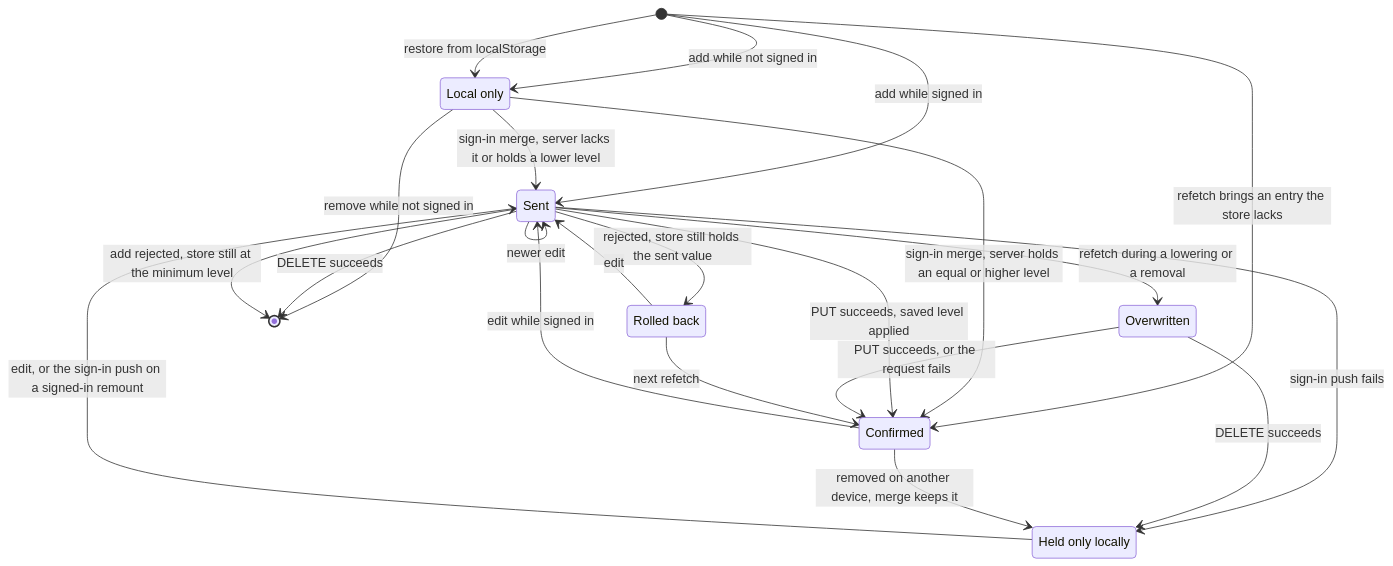
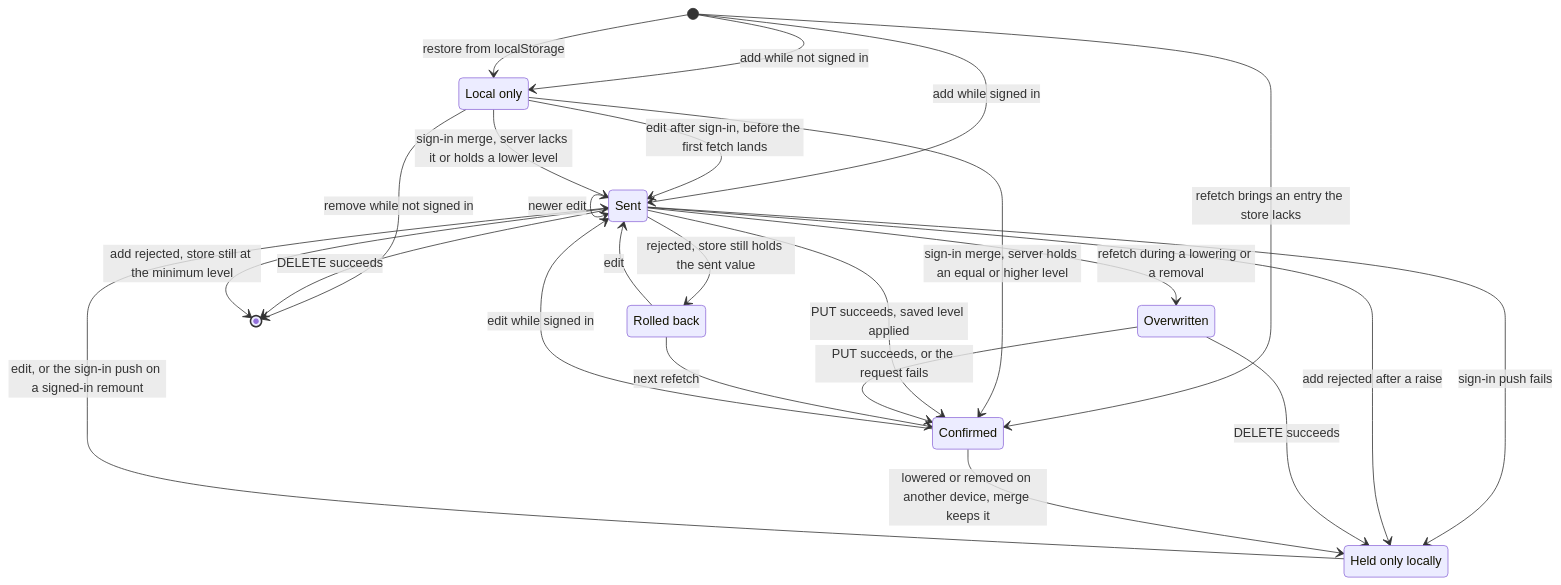
The first of 3 diagrams in docs/reference/data-flow-lifecycles.md (dungeon-studio/genshin.dungeon.studio), drawn with Mermaid before and after one commit. The commit also changed other lines of this file and 3 other files, not shown here.

First line of the commit message:
docs: correct data flow pages after a full fact check

````diff
--- a/docs/reference/data-flow-lifecycles.md
+++ b/docs/reference/data-flow-lifecycles.md
@@ -30,28 +36,30 @@
 ```mermaid
 stateDiagram-v2
   state "Local only" as LocalOnly
   state "Rolled back" as RolledBack
   state "Held only locally" as HeldLocally
 
   [*] --> LocalOnly: add while not signed in
   [*] --> LocalOnly: restore from localStorage
   [*] --> Sent: add while signed in
   [*] --> Confirmed: refetch brings an entry the store lacks
+  LocalOnly --> Sent: edit after sign-in, before the first fetch lands
   LocalOnly --> Sent: sign-in merge, server lacks it or holds a lower level
   LocalOnly --> Confirmed: sign-in merge, server holds an equal or higher level
   LocalOnly --> [*]: remove while not signed in
   Sent --> Sent: newer edit
   Sent --> Confirmed: PUT succeeds, saved level applied
   Sent --> [*]: DELETE succeeds
   Sent --> [*]: add rejected, store still at the minimum level
   Sent --> RolledBack: rejected, store still holds the sent value
   Sent --> Overwritten: refetch during a lowering or a removal
   Sent --> HeldLocally: sign-in push fails
+  Sent --> HeldLocally: add rejected after a raise
   Overwritten --> Confirmed: PUT succeeds, or the request fails
   Overwritten --> HeldLocally: DELETE succeeds
   Confirmed --> Sent: edit while signed in
-  Confirmed --> HeldLocally: removed on another device, merge keeps it
+  Confirmed --> HeldLocally: lowered or removed on another device, merge keeps it
   HeldLocally --> Sent: edit, or the sign-in push on a signed-in remount
   RolledBack --> Sent: edit
   RolledBack --> Confirmed: next refetch
 ```
````
